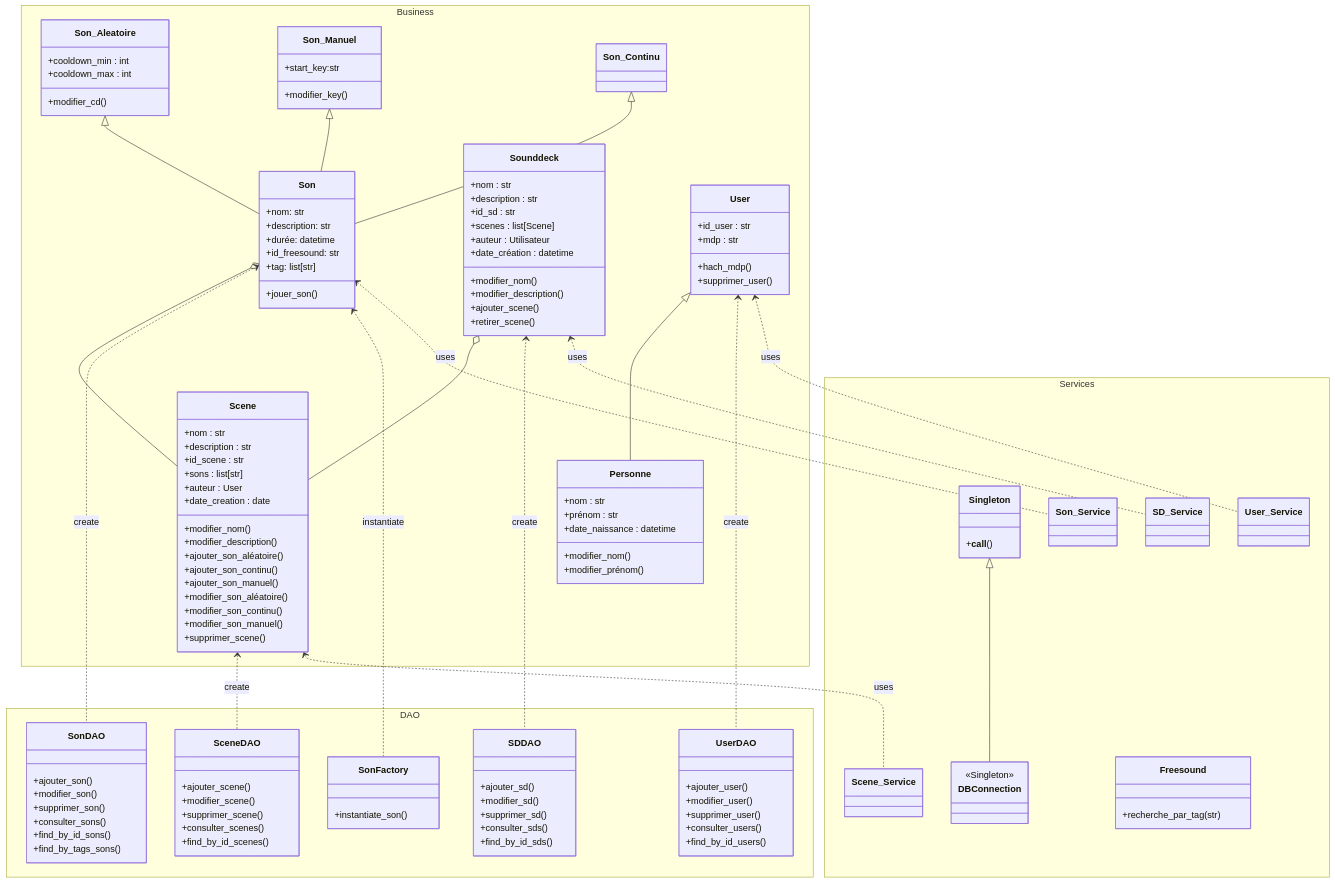
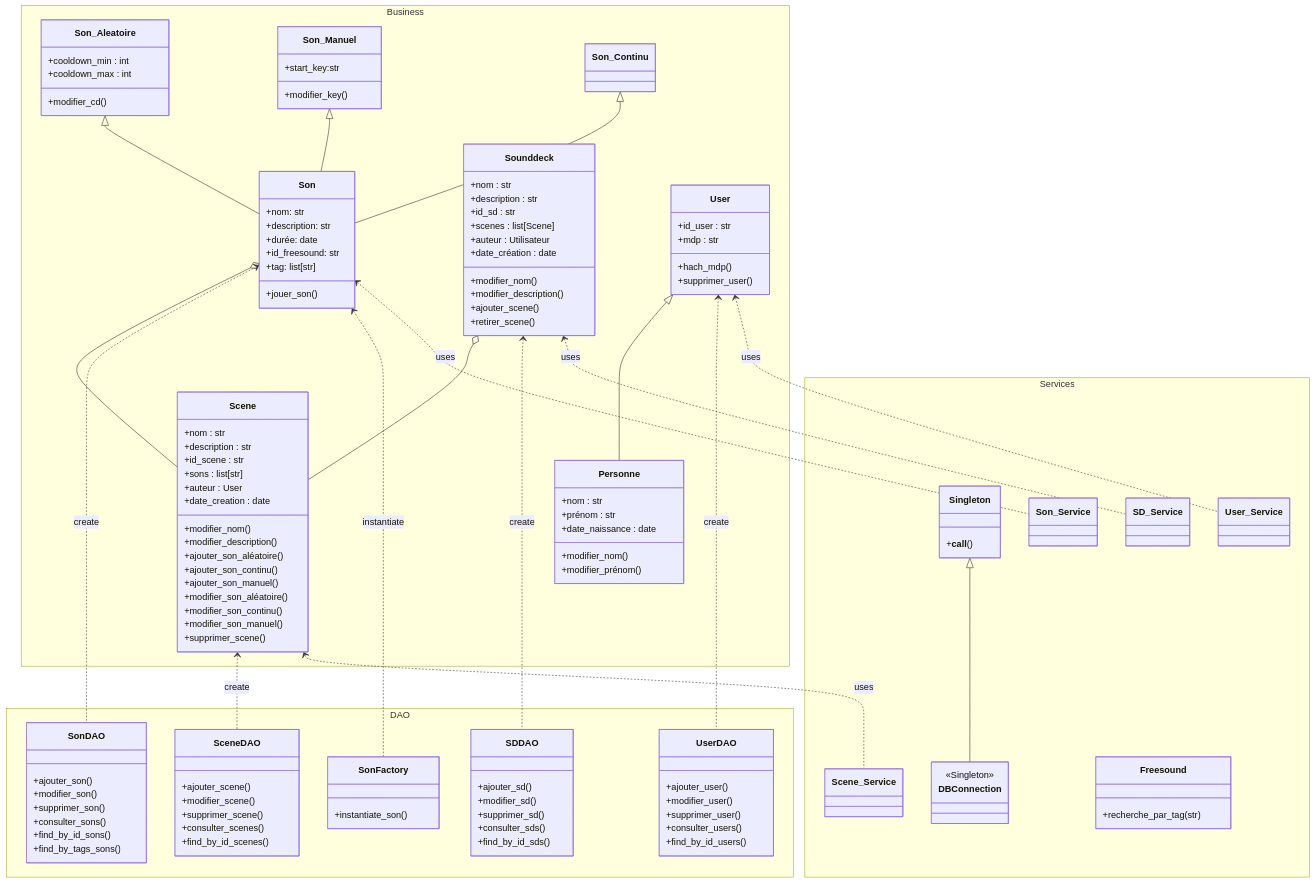
The diagram in doc/diagramme_classes.md (DatAlex987/Projet_info_2A_groupe4), drawn with Mermaid before and after one commit.

Commit message:
diagramme de classes datetime --> date

```diff
--- a/doc/diagramme_classes.md
+++ b/doc/diagramme_classes.md
@@ -45,7 +45,7 @@
     class Son {
         +nom: str
         +description: str
-        +durée: datetime
+        +durée: date
         +id_freesound: str
         +tag: list[str]
         +jouer_son()
@@ -89,7 +89,7 @@
         +id_sd : str
         +scenes : list[Scene]
         +auteur : Utilisateur
-        +date_création : datetime
+        +date_création : date
         +modifier_nom()
         +modifier_description()
         +ajouter_scene()
@@ -99,7 +99,7 @@
     class Personne {
         +nom : str
         +prénom : str
-        +date_naissance : datetime
+        +date_naissance : date
         +modifier_nom()
         +modifier_prénom()
     }
```
